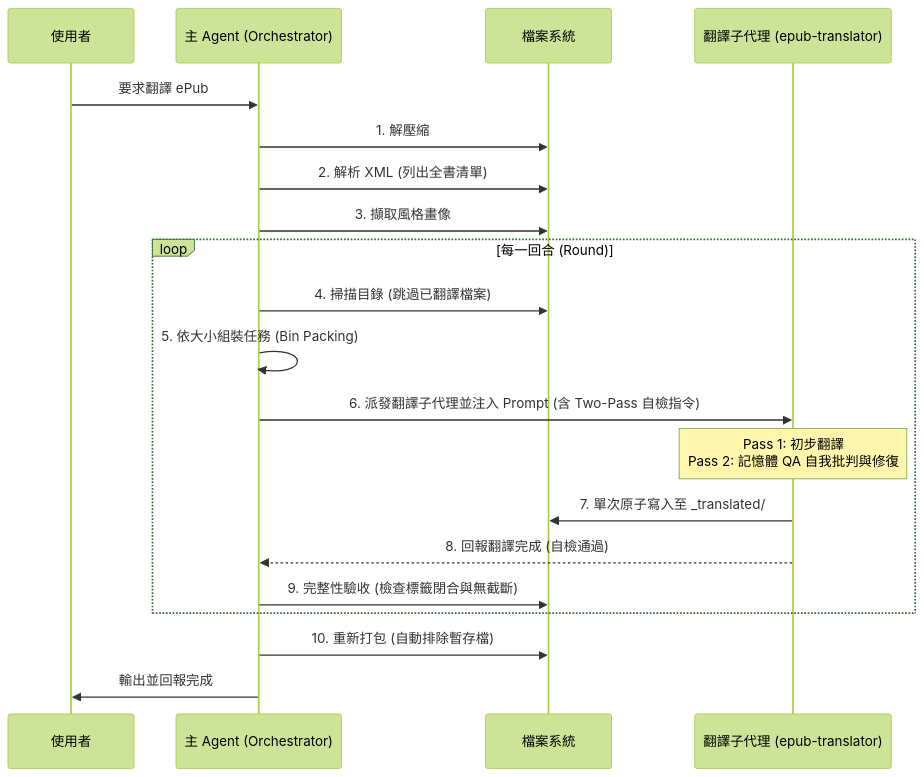
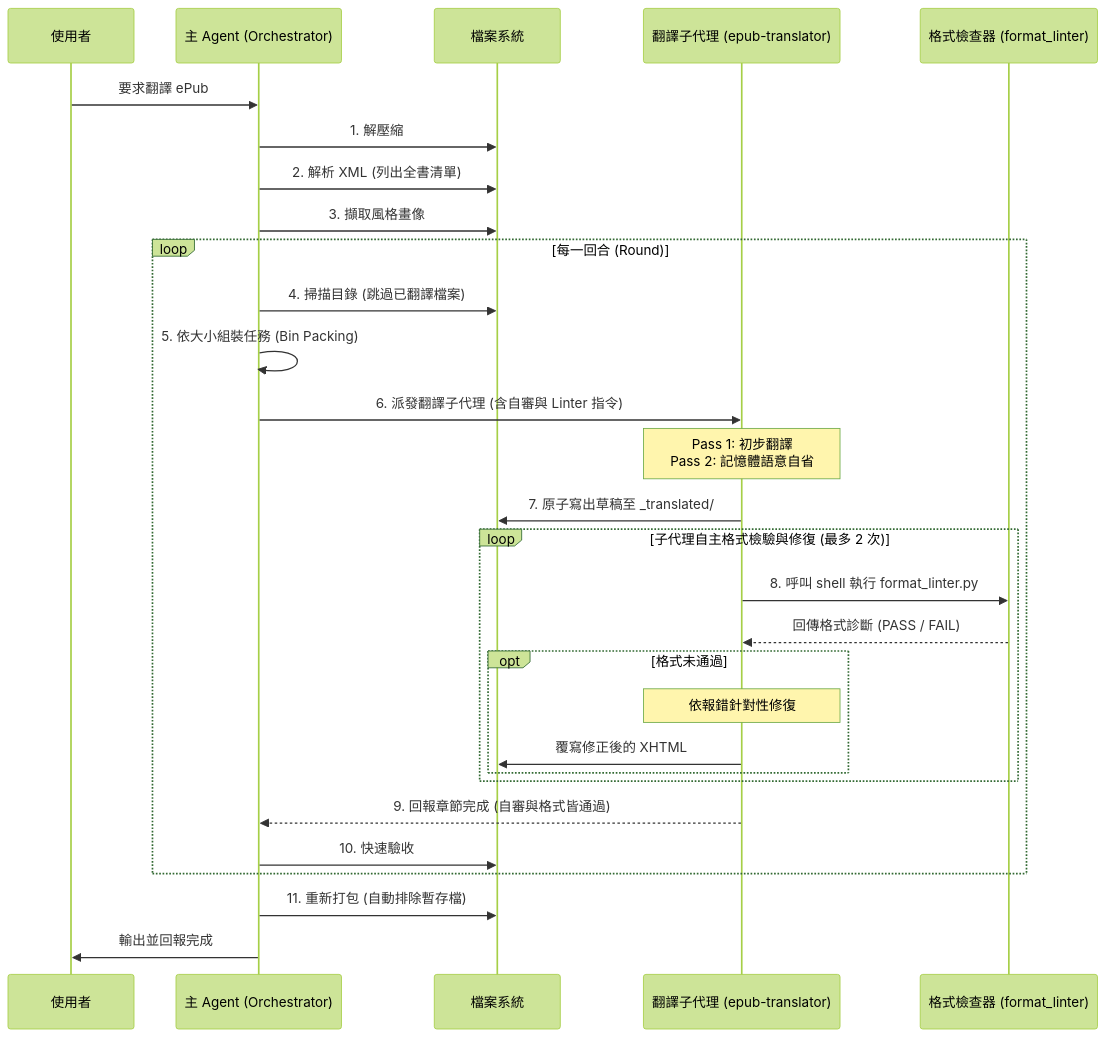
Before and after one commit to dlhdb/epub-translate-agy-skill: the second of 2 diagrams in .agents/skills/awesome-epub-translator/docs/TECHNICAL_DETAILS.md, drawn with Mermaid (forest theme). The commit also changed other lines of this file and 7 other files, not shown here.

Commit message:
feat(qa-linter): integrate in-subagent mechanical format linter and targeted LLM self-repair loop

````diff
--- a/.agents/skills/awesome-epub-translator/docs/TECHNICAL_DETAILS.md
+++ b/.agents/skills/awesome-epub-translator/docs/TECHNICAL_DETAILS.md
@@ -45,25 +45,34 @@
 ```mermaid
 sequenceDiagram
     participant U as 使用者
     participant M as 主 Agent (Orchestrator)
     participant F as 檔案系統
     participant S as 翻譯子代理 (epub-translator)
+    participant L as 格式檢查器 (format_linter)
     
     U->>M: 要求翻譯 ePub
     M->>F: 1. 解壓縮
     M->>F: 2. 解析 XML (列出全書清單)
     M->>F: 3. 擷取風格畫像
     
     loop 每一回合 (Round)
         M->>F: 4. 掃描目錄 (跳過已翻譯檔案)
         M->>M: 5. 依大小組裝任務 (Bin Packing)
-        M->>S: 6. 派發翻譯子代理並注入 Prompt (含 Two-Pass 自檢指令)
-        Note over S: Pass 1: 初步翻譯<br/>Pass 2: 記憶體 QA 自我批判與修復
-        S->>F: 7. 單次原子寫入至 _translated/
-        S-->>M: 8. 回報翻譯完成 (自檢通過)
-        M->>F: 9. 完整性驗收 (檢查標籤閉合與無截斷)
+        M->>S: 6. 派發翻譯子代理 (含自審與 Linter 指令)
+        Note over S: Pass 1: 初步翻譯<br/>Pass 2: 記憶體語意自省
+        S->>F: 7. 原子寫出草稿至 _translated/
+        loop 子代理自主格式檢驗與修復 (最多 2 次)
+            S->>L: 8. 呼叫 shell 執行 format_linter.py
+            L-->>S: 回傳格式診斷 (PASS / FAIL)
+            opt 格式未通過
+                Note over S: 依報錯針對性修復
+                S->>F: 覆寫修正後的 XHTML
+            end
+        end
+        S-->>M: 9. 回報章節完成 (自審與格式皆通過)
+        M->>F: 10. 快速驗收
     end
     
-    M->>F: 10. 重新打包 (自動排除暫存檔)
+    M->>F: 11. 重新打包 (自動排除暫存檔)
     M->>U: 輸出並回報完成
 ```
````
